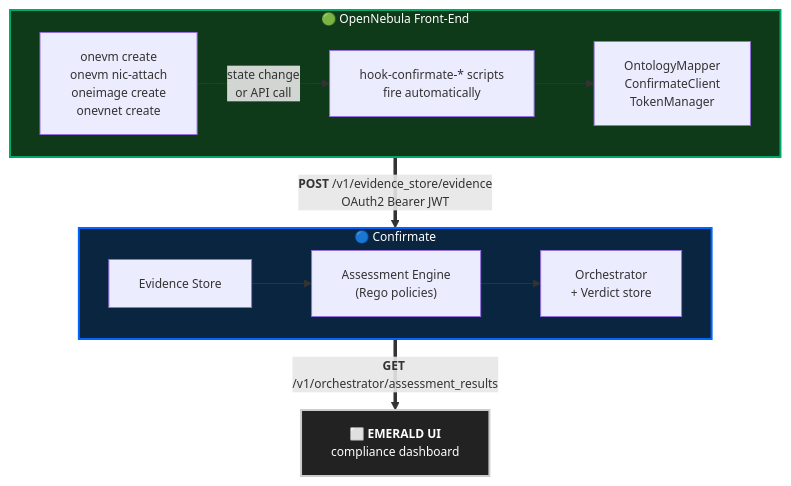
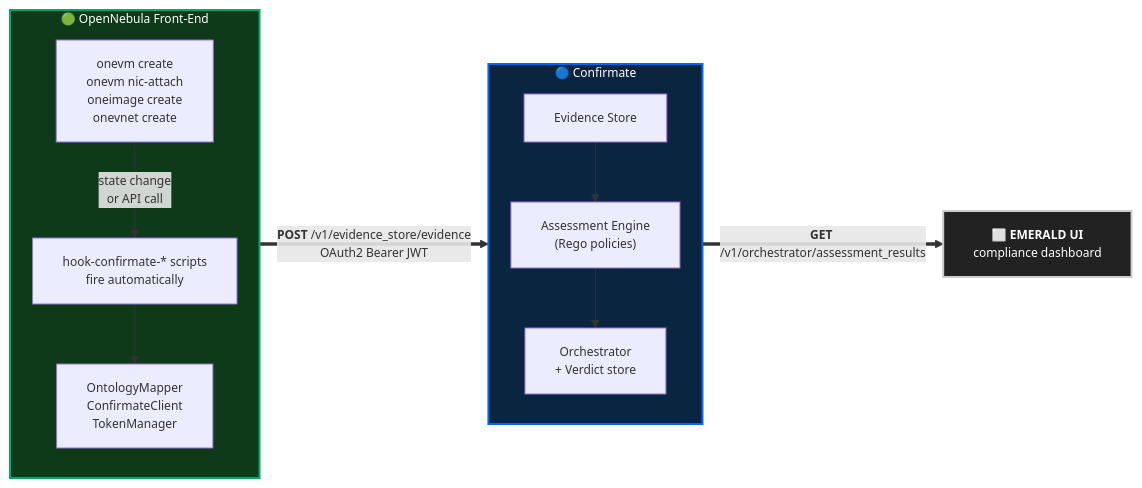
The diagram in README.md (pablodelarco/addon-confirmate-evidence), drawn with Mermaid before and after one commit.

Commit message:
Diagram: switch to horizontal (LR) with vertical-stack subgraphs

````diff
--- a/README.md
+++ b/README.md
@@ -24,33 +24,33 @@
 ```mermaid
 %%{init: {"flowchart": {"nodeSpacing": 25, "rankSpacing": 35, "curve": "basis"}, "themeVariables": {"fontSize": "12px"}}}%%
-flowchart TB
+flowchart LR
     subgraph ONE["🟢 OpenNebula Front-End"]
-        direction LR
+        direction TB
         ACT["onevm create<br/>onevm nic-attach<br/>oneimage create<br/>onevnet create"]
         HOOK["hook-confirmate-* scripts<br/>fire automatically"]
         LIB["OntologyMapper<br/>ConfirmateClient<br/>TokenManager"]
         ACT -->|"state change<br/>or API call"| HOOK
         HOOK --> LIB
     end
 
     subgraph CF["🔵 Confirmate"]
-        direction LR
+        direction TB
         EV["Evidence Store"]
         AS["Assessment Engine<br/>(Rego policies)"]
         OR["Orchestrator<br/>+ Verdict store"]
         EV --> AS --> OR
     end
 
     UI["⬜ <b>EMERALD UI</b><br/>compliance dashboard"]
 
     LIB ==>|"<b>POST</b> /v1/evidence_store/evidence<br/>OAuth2 Bearer JWT"| EV
     OR ==>|"<b>GET</b> /v1/orchestrator/assessment_results"| UI
 
     classDef oneStyle fill:#0e3a1a,stroke:#0a6,stroke-width:2px,color:#fff
     classDef cfStyle  fill:#0a2540,stroke:#06f,stroke-width:2px,color:#fff
     classDef uiStyle  fill:#222,stroke:#ccc,stroke-width:2px,color:#fff
 
     class ONE oneStyle
     class CF cfStyle
     class UI uiStyle
 ```
````
